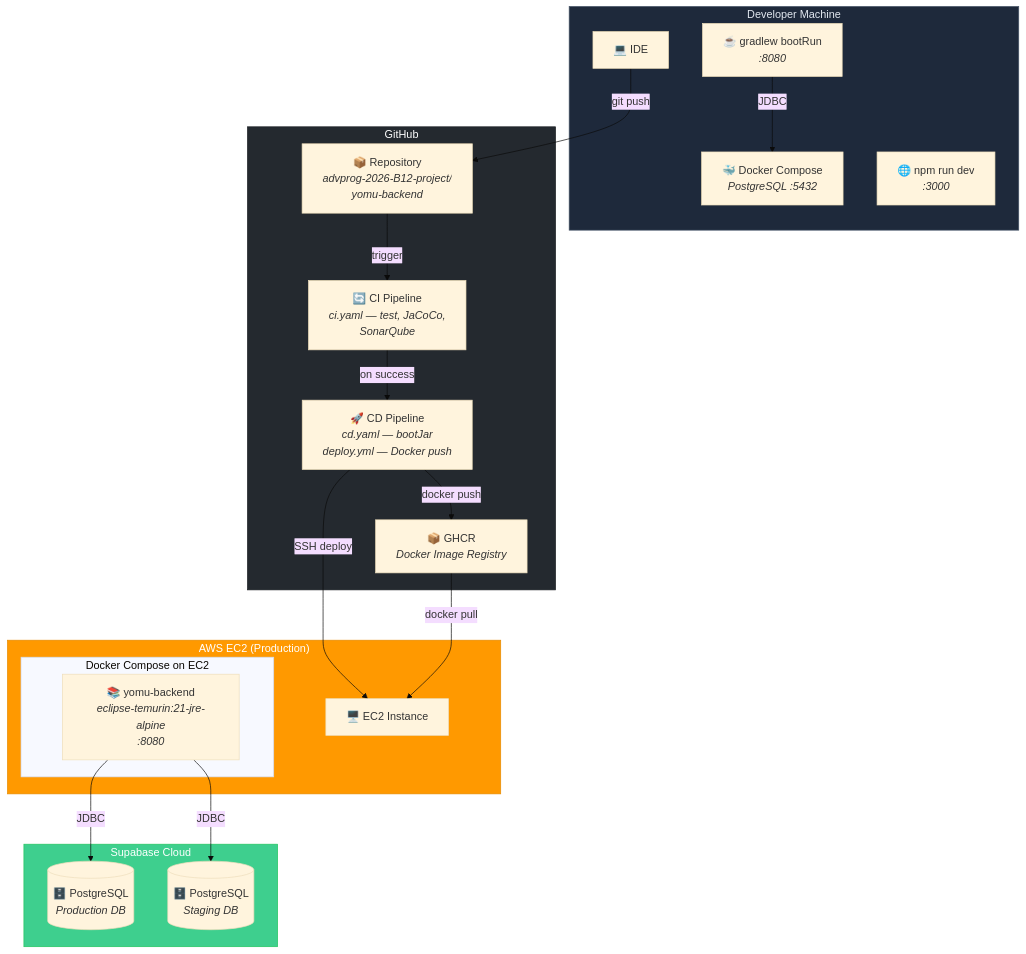
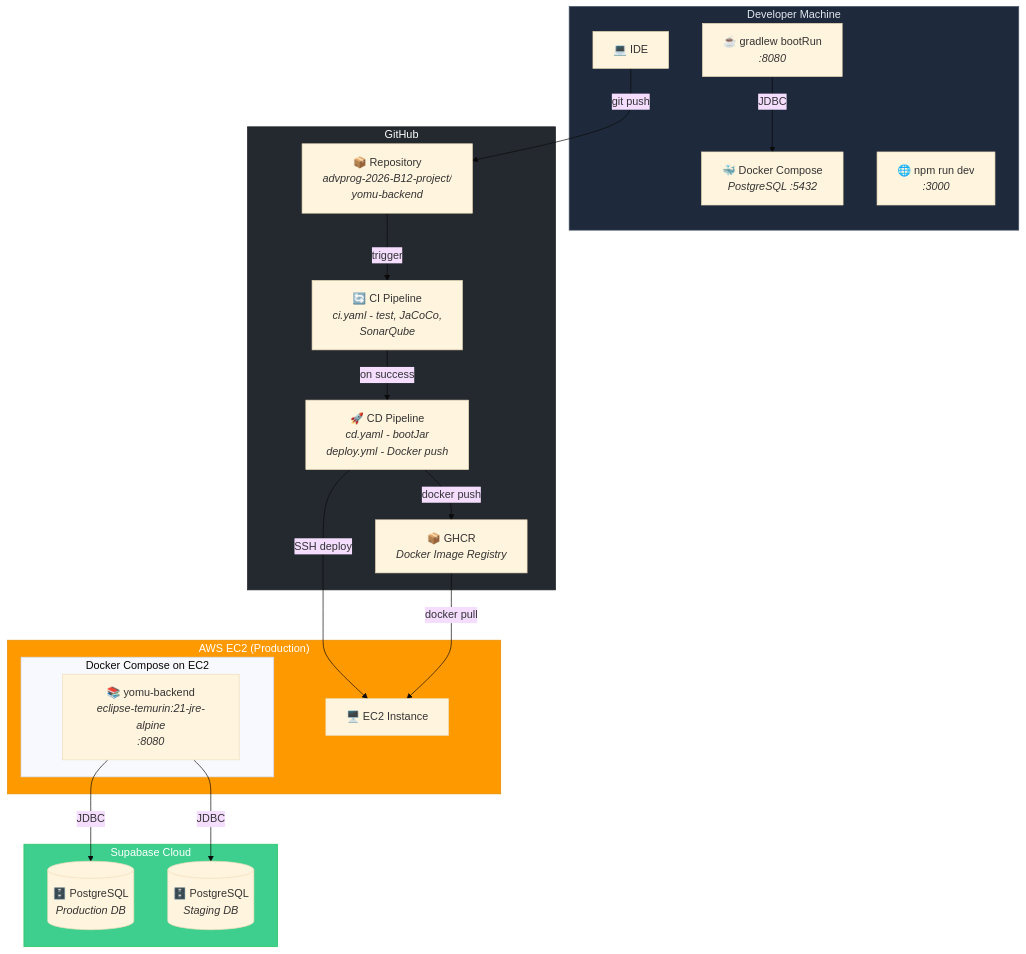
One commit to advprog-2026-B12-project/software-architectures changed the third of 6 diagrams in README.md. Above: the diagram before and after it, drawn with Mermaid (base theme). The commit also changed other lines of this file, not shown here.

````diff
--- a/README.md
+++ b/README.md
@@ -106,43 +106,43 @@
 ```mermaid
 graph TB
     subgraph dev ["Developer Machine"]
         IDE["💻 IDE"]
         DockerLocal["🐳 Docker Compose<br/><i>PostgreSQL :5432</i>"]
         Boot["☕ gradlew bootRun<br/><i>:8080</i>"]
         NextDev["🌐 npm run dev<br/><i>:3000</i>"]
     end
 
     subgraph github ["GitHub"]
         Repo["📦 Repository<br/><i>advprog-2026-B12-project/<br/>yomu-backend</i>"]
-        CI["🔄 CI Pipeline<br/><i>ci.yaml — test, JaCoCo,<br/>SonarQube</i>"]
-        CD["🚀 CD Pipeline<br/><i>cd.yaml — bootJar<br/>deploy.yml — Docker push</i>"]
+        CI["🔄 CI Pipeline<br/><i>ci.yaml - test, JaCoCo,<br/>SonarQube</i>"]
+        CD["🚀 CD Pipeline<br/><i>cd.yaml - bootJar<br/>deploy.yml - Docker push</i>"]
         GHCR["📦 GHCR<br/><i>Docker Image Registry</i>"]
     end
 
     subgraph aws ["AWS EC2 (Production)"]
         EC2["🖥️ EC2 Instance"]
         subgraph containers ["Docker Compose on EC2"]
             AppContainer["📚 yomu-backend<br/><i>eclipse-temurin:21-jre-alpine<br/>:8080</i>"]
         end
     end
 
     subgraph supabase ["Supabase Cloud"]
         ProdDB[("🗄️ PostgreSQL<br/><i>Production DB</i>")]
         StagingDB[("🗄️ PostgreSQL<br/><i>Staging DB</i>")]
     end
 
     IDE -->|"git push"| Repo
     Repo -->|"trigger"| CI
     CI -->|"on success"| CD
     CD -->|"docker push"| GHCR
     CD -->|"SSH deploy"| EC2
     GHCR -->|"docker pull"| EC2
     AppContainer -->|"JDBC"| ProdDB
     AppContainer -->|"JDBC"| StagingDB
     Boot -->|"JDBC"| DockerLocal
 
     style aws fill:#FF9900,color:#fff,stroke:#E68A00
     style github fill:#24292F,color:#fff,stroke:#1B1F23
     style supabase fill:#3ECF8E,color:#fff,stroke:#22C55E
     style dev fill:#1E293B,color:#E2E8F0,stroke:#475569
 ```
````
